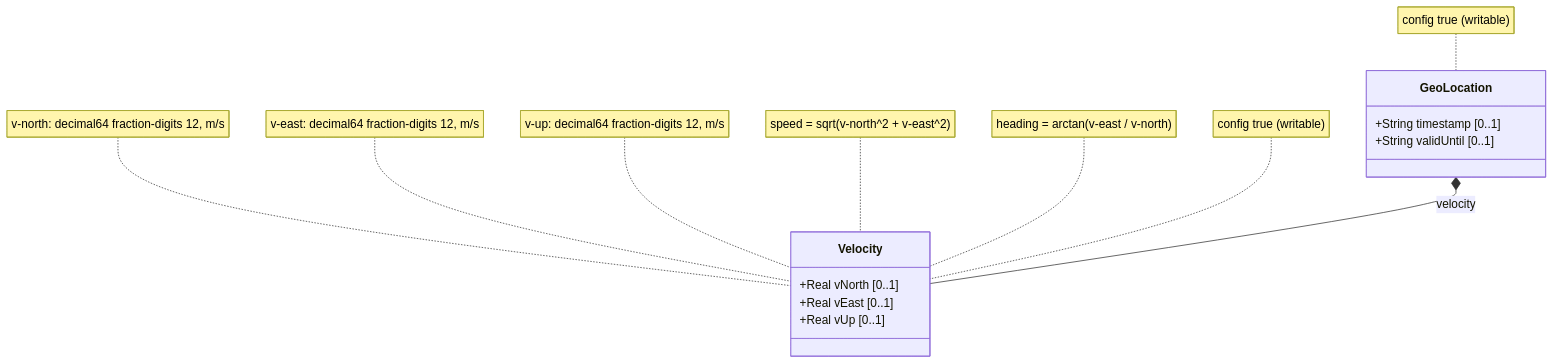
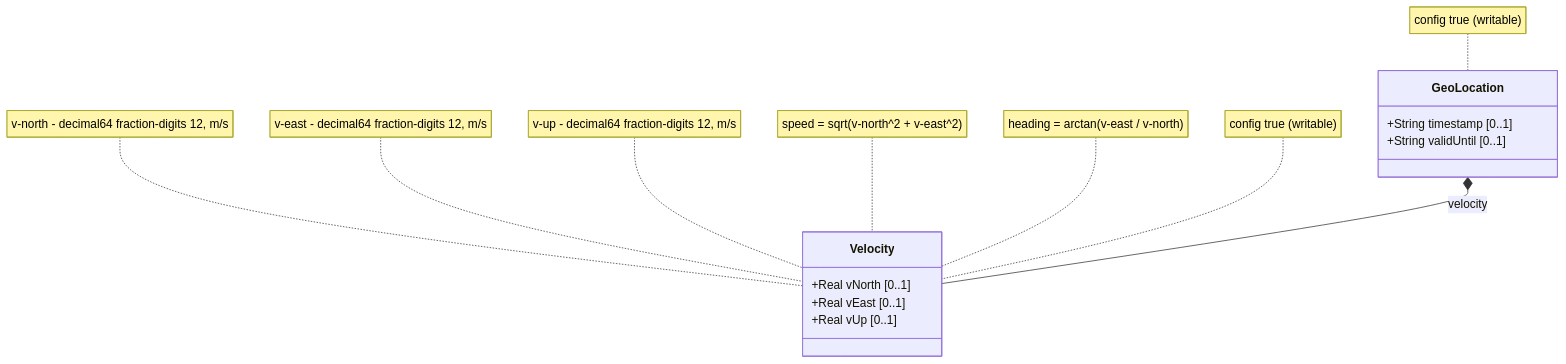
Before and after one commit to gintatkinson/3dgs-030: the diagram in docs/features/feat-10-velocity-vector.md, drawn with Mermaid. The commit also changed 12 other files, not shown here.

Commit message:
fix: remove colons from Mermaid note strings and <<case>> from relationship edges across all features, epics, and use cases

````diff
--- a/docs/features/feat-10-velocity-vector.md
+++ b/docs/features/feat-10-velocity-vector.md
@@ -33,20 +33,20 @@
 ```mermaid
 classDiagram
     class GeoLocation {
         +String timestamp [0..1]
         +String validUntil [0..1]
     }
     class Velocity {
         +Real vNorth [0..1]
         +Real vEast [0..1]
         +Real vUp [0..1]
     }
     GeoLocation *-- Velocity : velocity
     note for GeoLocation "config true (writable)"
-    note for Velocity "v-north: decimal64 fraction-digits 12, m/s"
-    note for Velocity "v-east: decimal64 fraction-digits 12, m/s"
-    note for Velocity "v-up: decimal64 fraction-digits 12, m/s"
+    note for Velocity "v-north - decimal64 fraction-digits 12, m/s"
+    note for Velocity "v-east - decimal64 fraction-digits 12, m/s"
+    note for Velocity "v-up - decimal64 fraction-digits 12, m/s"
     note for Velocity "speed = sqrt(v-north^2 + v-east^2)"
     note for Velocity "heading = arctan(v-east / v-north)"
     note for Velocity "config true (writable)"
 ```
````
